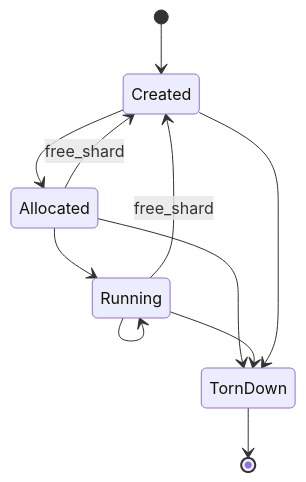
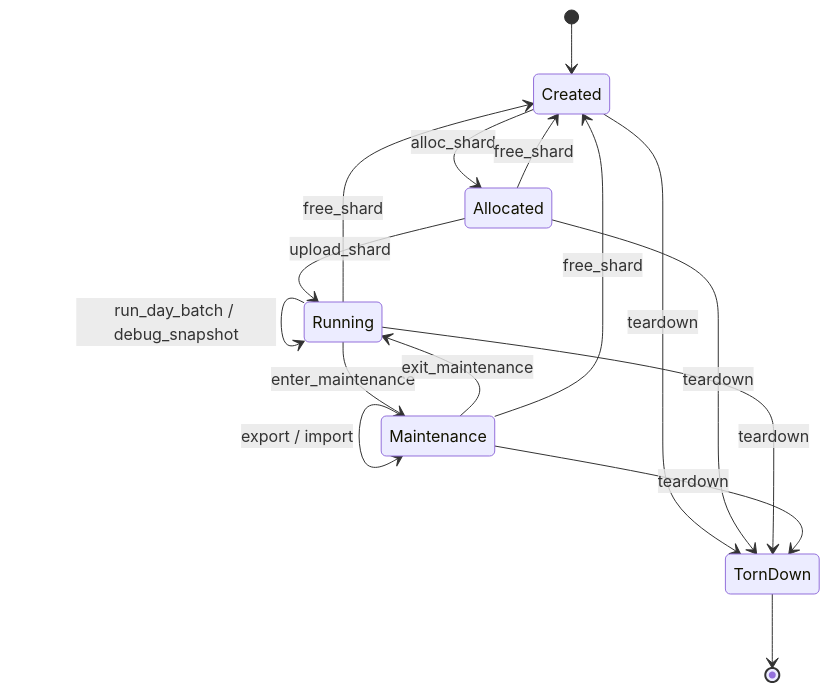
One commit to H4V1K-dev/axicor_enterprise changed the diagram in docs/engine/spec_L3/compute_spec.md. Above: the diagram before and after it, drawn with Mermaid. The commit also changed other lines of this file and 25 other files, not shown here.

Commit message:
docs: initialize comprehensive engine architecture and design specifications across all layers

````diff
--- a/docs/engine/spec_L3/compute_spec.md
+++ b/docs/engine/spec_L3/compute_spec.md
@@ -100,13 +99,18 @@
 ```mermaid
 stateDiagram-v2
     [*] --> Created
-    Created --> Allocated
-    Allocated --> Running
-    Running --> Running
+    Created --> Allocated: alloc_shard
+    Allocated --> Running: upload_shard
+    Running --> Running: run_day_batch / debug_snapshot
+    Running --> Maintenance: enter_maintenance
+    Maintenance --> Maintenance: export / import
+    Maintenance --> Running: exit_maintenance
     Allocated --> Created: free_shard
     Running --> Created: free_shard
-    Allocated --> TornDown
-    Running --> TornDown
-    Created --> TornDown
+    Maintenance --> Created: free_shard
+    Created --> TornDown: teardown
+    Allocated --> TornDown: teardown
+    Running --> TornDown: teardown
+    Maintenance --> TornDown: teardown
     TornDown --> [*]
 ```
````
